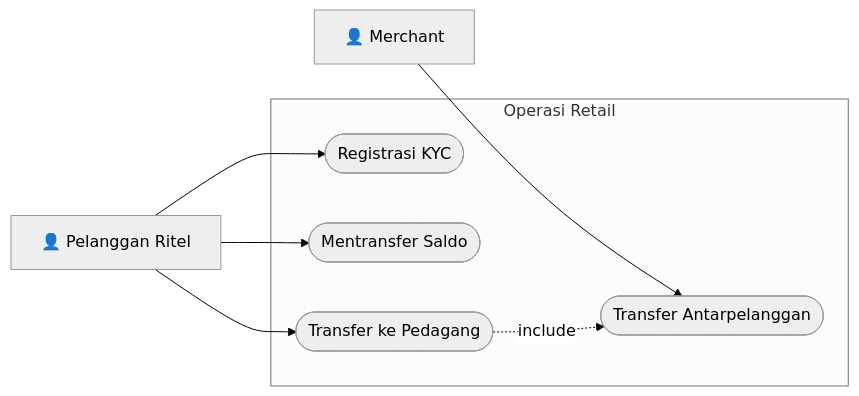
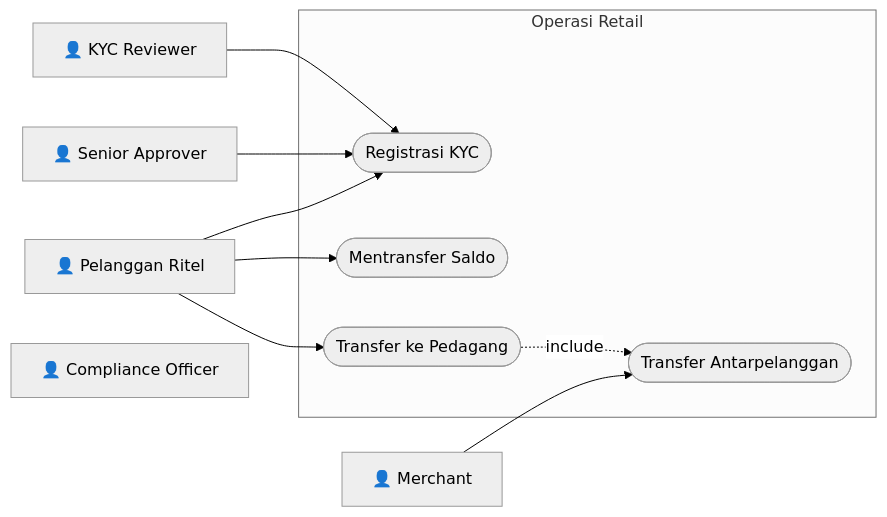
One commit to mfachrizalg/bi-coin changed the third of 3 diagrams in bi-coin-fabric/docs/diagrams/mermaid/use-case-diagrams.md. Above: the diagram before and after it, drawn with Mermaid. The commit also changed other lines of this file and 364 other files, not shown here.

````diff
--- a/bi-coin-fabric/docs/diagrams/mermaid/use-case-diagrams.md
+++ b/bi-coin-fabric/docs/diagrams/mermaid/use-case-diagrams.md
@@ -81,20 +90,25 @@
 ```mermaid
 %%{init: {'theme': 'neutral', 'themeVariables': {'primaryColor': '#ffffff', 'primaryBorderColor': '#000000', 'lineColor': '#000000'}}}%%
 flowchart LR
     PR[👤 Pelanggan Ritel]
     M[👤 Merchant]
+    KYC[👤 KYC Reviewer]
+    SA[👤 Senior Approver]
+    CO[👤 Compliance Officer]
 
     subgraph RET["Operasi Retail"]
         UC1([Registrasi KYC])
         UC2([Mentransfer Saldo])
         UC3([Transfer Antarpelanggan])
         UC4([Transfer ke Pedagang])
     end
 
     PR --> UC1
     PR --> UC2
     PR --> UC4
     M --> UC3
+    KYC --> UC1
+    SA --> UC1
 
     UC4 -.->|include| UC3
 ```
````
